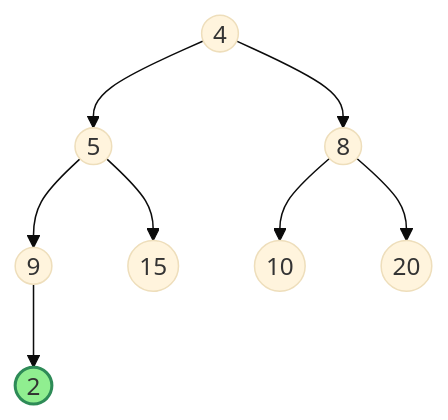
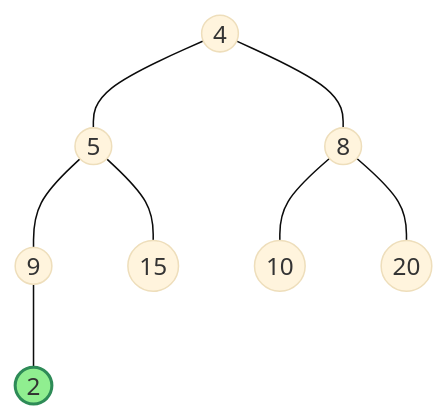
Before and after one commit to ruslylove/datastruct: the fourth of 17 diagrams in lectures/lect-11-Heap.md, drawn with Mermaid (base theme). The commit also changed other lines of this file, not shown here.

Commit message:
update diagram and bottom-up heap theorem.

````diff
--- a/lectures/lect-11-Heap.md
+++ b/lectures/lect-11-Heap.md
@@ -201,11 +201,11 @@
 ```mermaid
 graph TD
-    A((4)) --> B((5))
-    A --> C((8))
-    B --> D((9))
-    B --> E((15))
-    C --> F((10))
-    C --> G((20))
-    D --> H((2))
+    A((4)) --- B((5))
+    A --- C((8))
+    B --- D((9))
+    B --- E((15))
+    C --- F((10))
+    C --- G((20))
+    D --- H((2))
     style H fill:#90EE90,stroke:#2E8B57,stroke-width:2px
 ```
````
